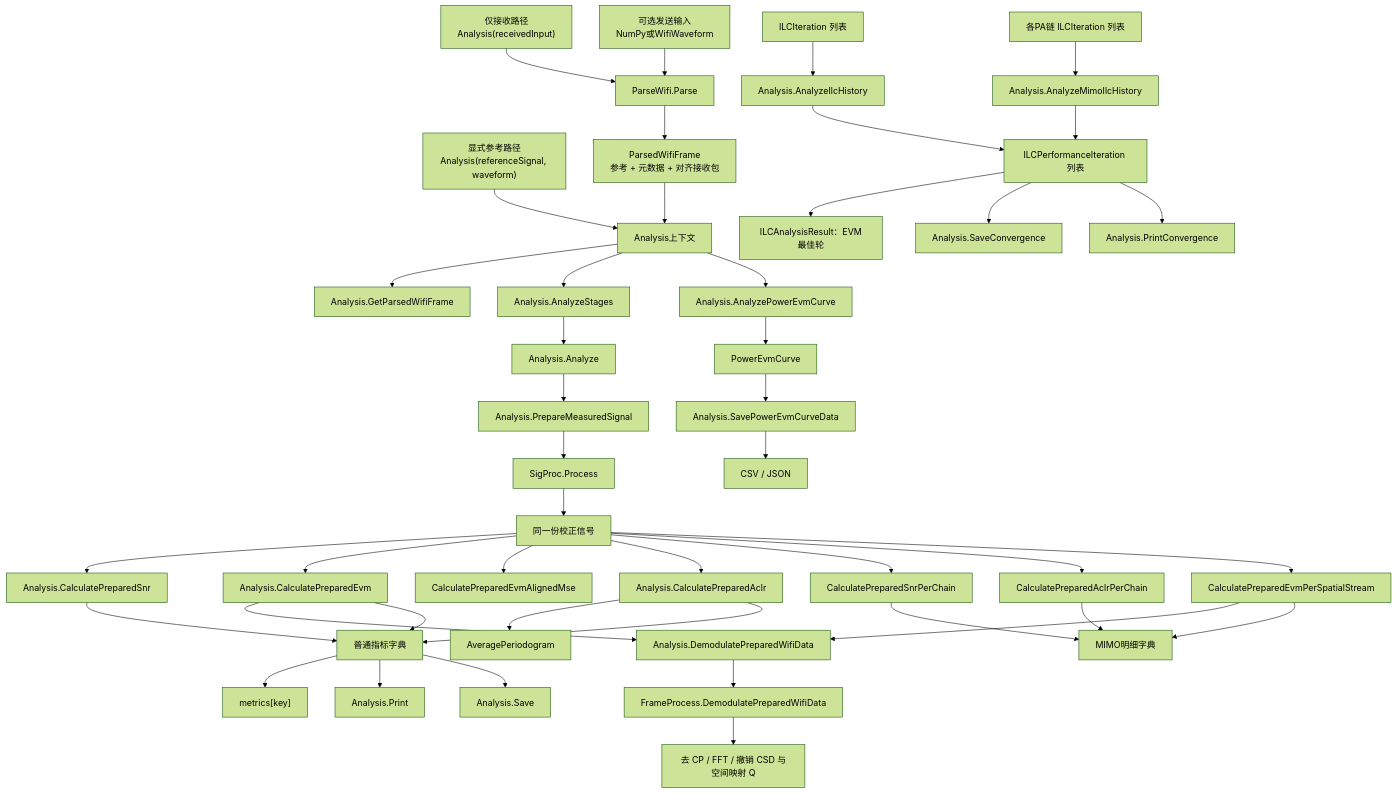
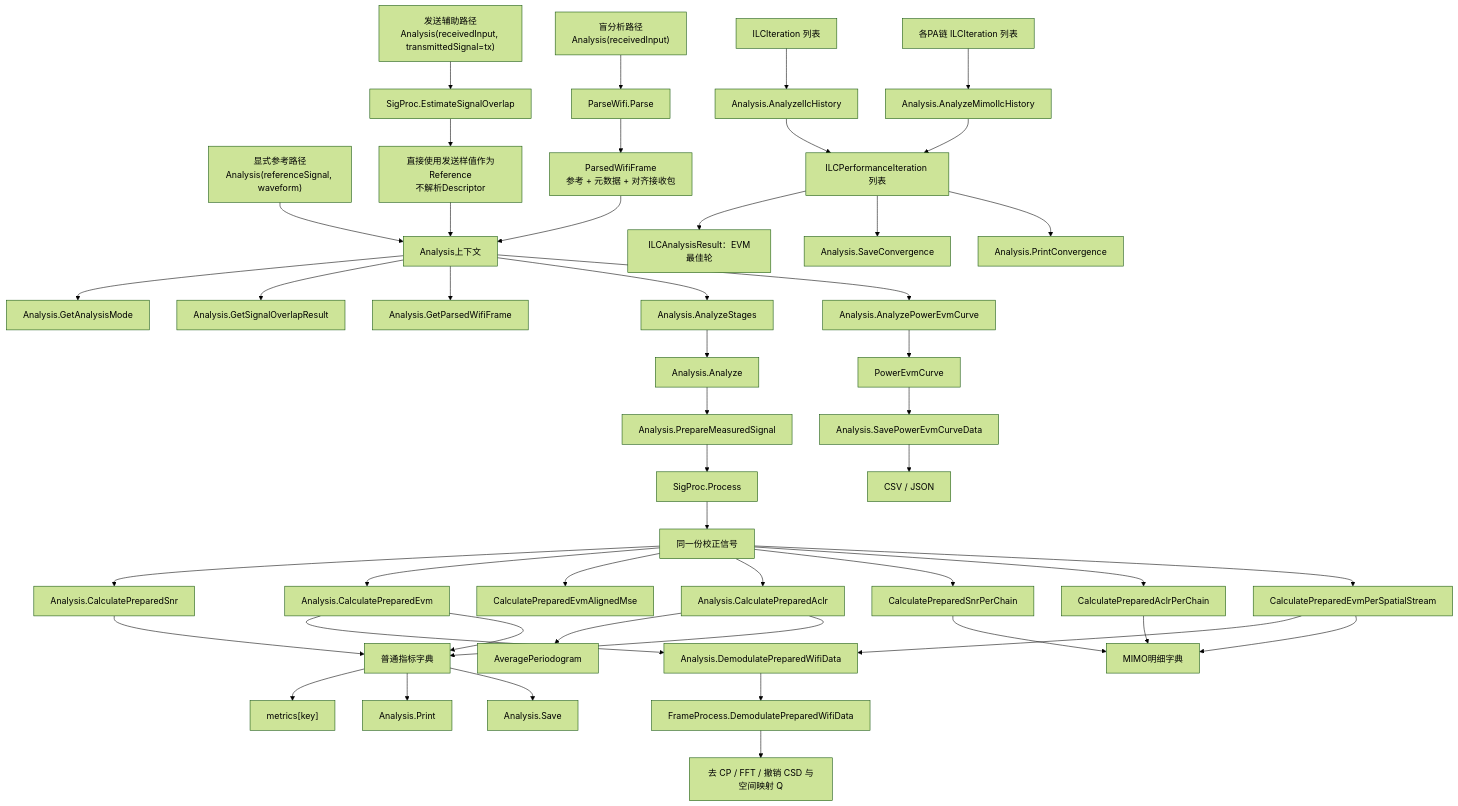
Before and after one commit to niyilu45/DPD_ILC: diagram 12 of 14 in README.md, drawn with Mermaid (forest theme). The commit also changed other lines of this file and 9 other files, not shown here.

Commit message:
Separate Analysis reference modes

````diff
--- a/README.md
+++ b/README.md
@@ -491,48 +494,52 @@
 ```mermaid
 flowchart TD
     aided["显式参考路径<br/>Analysis(referenceSignal, waveform)"] --> context["Analysis上下文"]
-    receiveOnly["仅接收路径<br/>Analysis(receivedInput)"] --> parser["ParseWifi.Parse"]
-    optionalTransmit["可选发送输入<br/>NumPy或WifiWaveform"] --> parser
+    receiveOnly["盲分析路径<br/>Analysis(receivedInput)"] --> parser["ParseWifi.Parse"]
+    transmitted["发送辅助路径<br/>Analysis(receivedInput, transmittedSignal=tx)"] --> overlap["SigProc.EstimateSignalOverlap"]
+    overlap --> directReference["直接使用发送样值作为Reference<br/>不解析Descriptor"]
+    directReference --> context
     parser --> parsed["ParsedWifiFrame<br/>参考 + 元数据 + 对齐接收包"]
     parsed --> context
+    context --> mode["Analysis.GetAnalysisMode"]
+    context --> overlapResult["Analysis.GetSignalOverlapResult"]
     context --> parsedResult["Analysis.GetParsedWifiFrame"]
     context --> stages["Analysis.AnalyzeStages"]
     stages --> analyze["Analysis.Analyze"]
     analyze --> prepare["Analysis.PrepareMeasuredSignal"]
     prepare --> sigProc["SigProc.Process"]
     sigProc --> prepared["同一份校正信号"]
     prepared --> snr["Analysis.CalculatePreparedSnr"]
     prepared --> evm["Analysis.CalculatePreparedEvm"]
     prepared --> evmMse["CalculatePreparedEvmAlignedMse"]
     prepared --> aclr["Analysis.CalculatePreparedAclr"]
     prepared --> chainSnr["CalculatePreparedSnrPerChain"]
     prepared --> chainAclr["CalculatePreparedAclrPerChain"]
     prepared --> streamEvm["CalculatePreparedEvmPerSpatialStream"]
 
     evm --> demod["Analysis.DemodulatePreparedWifiData"]
     streamEvm --> demod
     demod --> frameProcess["FrameProcess.DemodulatePreparedWifiData"]
     frameProcess --> undo["去 CP / FFT / 撤销 CSD 与空间映射 Q"]
     aclr --> psd["AveragePeriodogram"]
 
     snr --> metrics["普通指标字典"]
     evm --> metrics
     aclr --> metrics
     chainSnr --> mimoMetrics["MIMO明细字典"]
     chainAclr --> mimoMetrics
     streamEvm --> mimoMetrics
     metrics --> keys["metrics[key]"]
     metrics --> print["Analysis.Print"]
     metrics --> save["Analysis.Save"]
     nativeHistory["ILCIteration 列表"] --> analyzeHistory["Analysis.AnalyzeIlcHistory"]
     nativeMimoHistory["各PA链 ILCIteration 列表"] --> analyzeMimoHistory["Analysis.AnalyzeMimoIlcHistory"]
     analyzeHistory --> convergence["ILCPerformanceIteration 列表"]
     analyzeMimoHistory --> convergence
     convergence --> bestRound["ILCAnalysisResult：EVM最佳轮"]
     convergence --> saveConvergence["Analysis.SaveConvergence"]
     convergence --> printConvergence["Analysis.PrintConvergence"]
     context --> powerSweep["Analysis.AnalyzePowerEvmCurve"]
     powerSweep --> curve["PowerEvmCurve"]
     curve --> curveSave["Analysis.SavePowerEvmCurveData"]
     curveSave --> curveFiles["CSV / JSON"]
 ```
````
